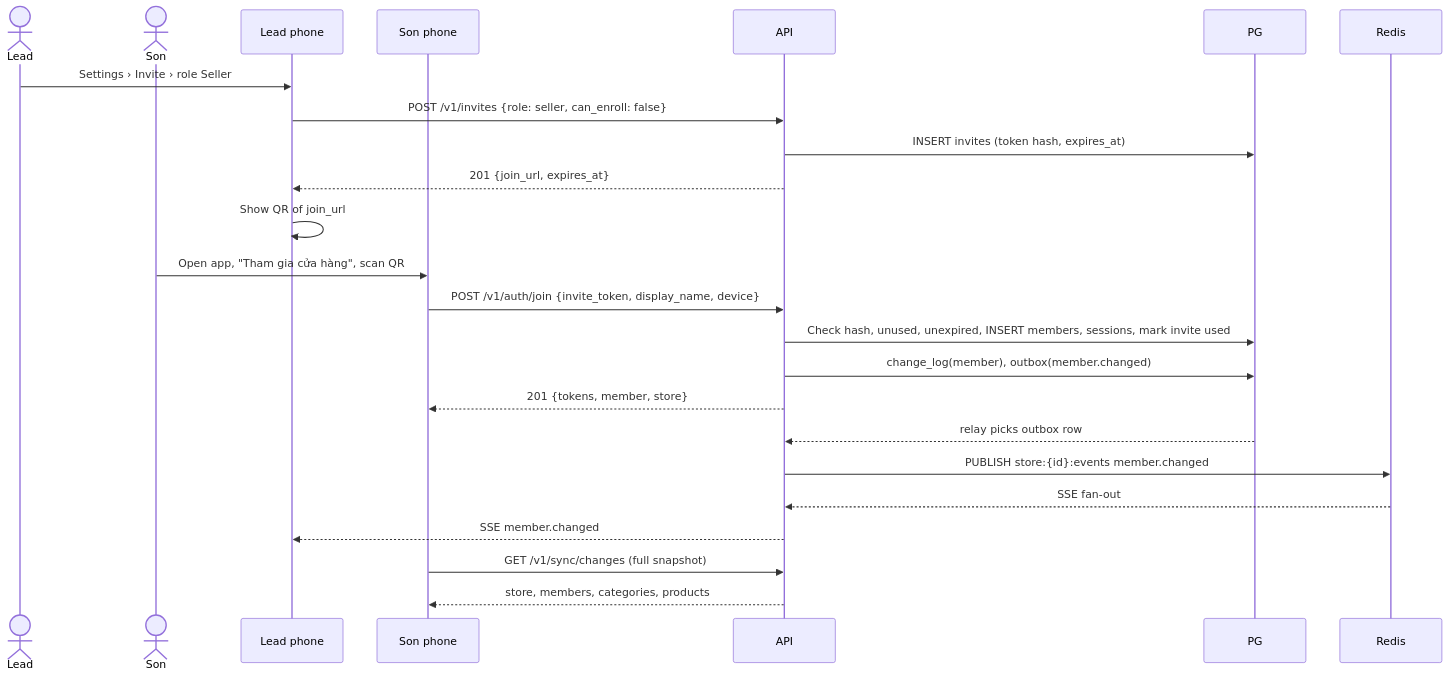
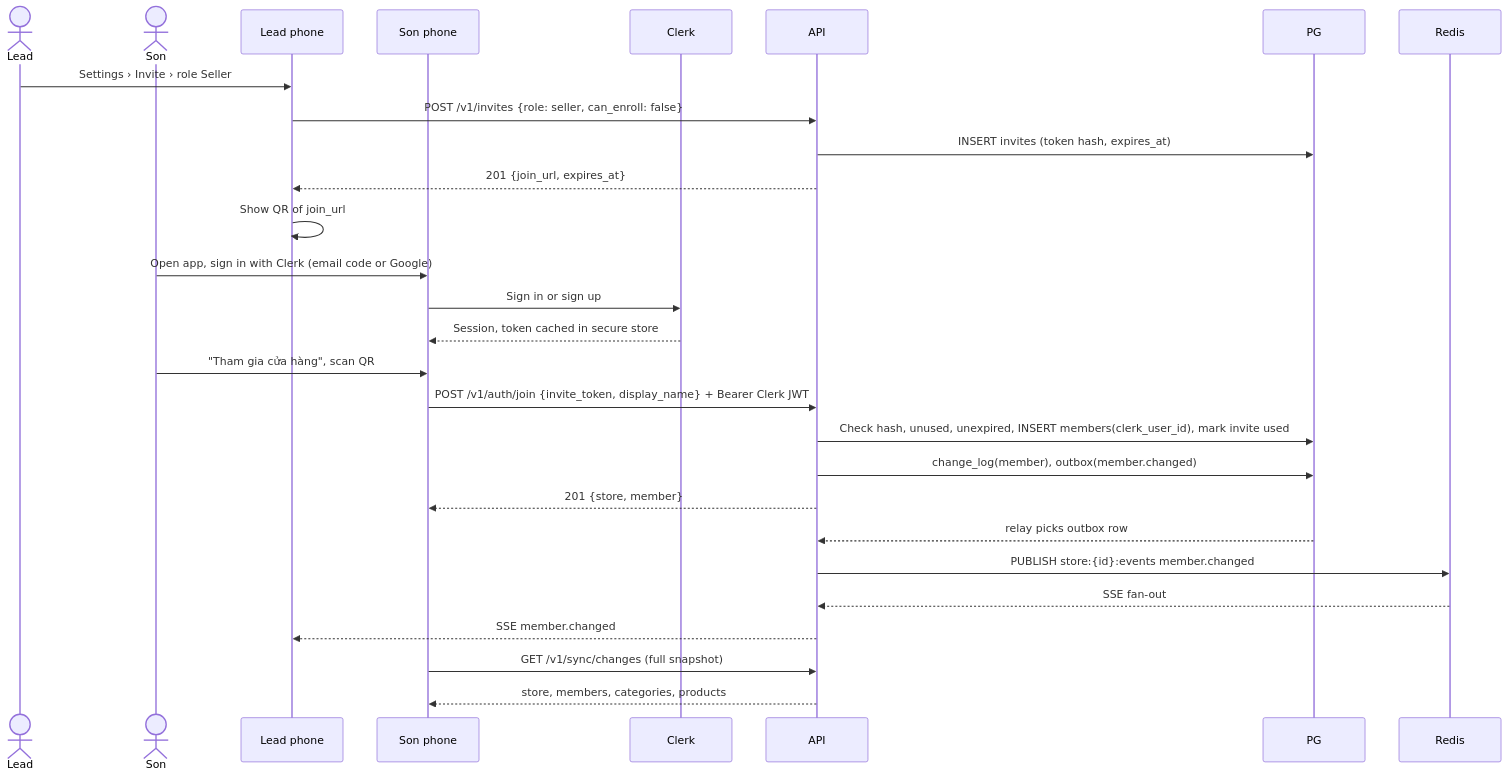
Before and after one commit to datamonsterr/taphoa-mini: the ninth of 16 diagrams in docs/architecture.md, drawn with Mermaid. The commit also changed other lines of this file and 2 other files, not shown here.

First line of the commit message:
docs: clerk identity in architecture

````diff
--- a/docs/architecture.md
+++ b/docs/architecture.md
@@ -488,26 +501,30 @@
 ```mermaid
 sequenceDiagram
     actor Lead
     actor Son
     participant LP as Lead phone
     participant SP as Son phone
+    participant Clerk
     participant API
     participant PG
     participant Redis
     Lead->>LP: Settings › Invite › role Seller
     LP->>API: POST /v1/invites {role: seller, can_enroll: false}
     API->>PG: INSERT invites (token hash, expires_at)
     API-->>LP: 201 {join_url, expires_at}
     LP->>LP: Show QR of join_url
-    Son->>SP: Open app, "Tham gia cửa hàng", scan QR
-    SP->>API: POST /v1/auth/join {invite_token, display_name, device}
-    API->>PG: Check hash, unused, unexpired, INSERT members, sessions, mark invite used
+    Son->>SP: Open app, sign in with Clerk (email code or Google)
+    SP->>Clerk: Sign in or sign up
+    Clerk-->>SP: Session, token cached in secure store
+    Son->>SP: "Tham gia cửa hàng", scan QR
+    SP->>API: POST /v1/auth/join {invite_token, display_name} + Bearer Clerk JWT
+    API->>PG: Check hash, unused, unexpired, INSERT members(clerk_user_id), mark invite used
     API->>PG: change_log(member), outbox(member.changed)
-    API-->>SP: 201 {tokens, member, store}
+    API-->>SP: 201 {store, member}
     PG-->>API: relay picks outbox row
     API->>Redis: PUBLISH store:{id}:events member.changed
     Redis-->>API: SSE fan-out
     API-->>LP: SSE member.changed
     SP->>API: GET /v1/sync/changes (full snapshot)
     API-->>SP: store, members, categories, products
 ```
````
